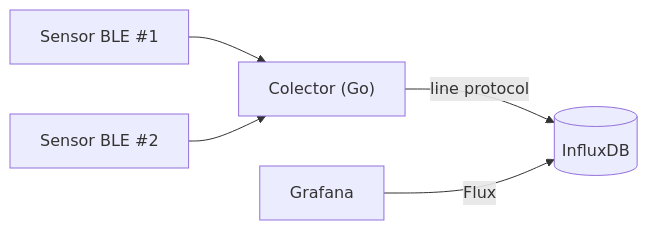
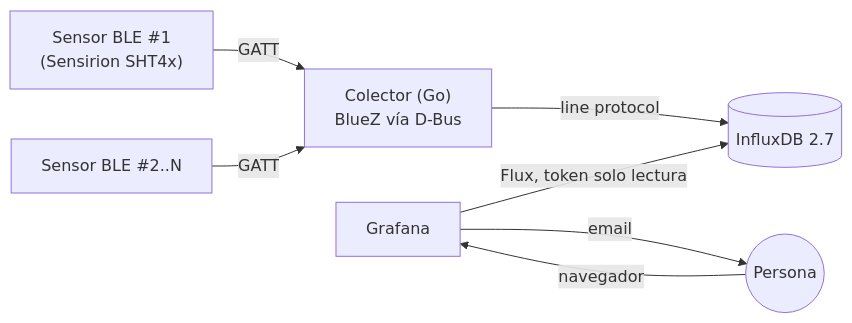
One commit to alexio9910/cpd-monitor changed the diagram in README.md. Above: the diagram before and after it, drawn with Mermaid. The commit also changed other lines of this file, not shown here.

````diff
--- a/README.md
+++ b/README.md
@@ -18,7 +28,9 @@
 ```mermaid
 flowchart LR
-    S1["Sensor BLE #1"] --> C["Colector (Go)"]
-    S2["Sensor BLE #2"] --> C
-    C -->|line protocol| I[("InfluxDB")]
-    G["Grafana"] -->|Flux| I
+    S1["Sensor BLE #1\n(Sensirion SHT4x)"] -->|GATT| C
+    S2["Sensor BLE #2..N"] -->|GATT| C
+    C["Colector (Go)\nBlueZ vía D-Bus"] -->|line protocol| I[("InfluxDB 2.7")]
+    G["Grafana"] -->|Flux, token solo lectura| I
+    G -->|email| U(("Persona"))
+    U -->|navegador| G
 ```
````
